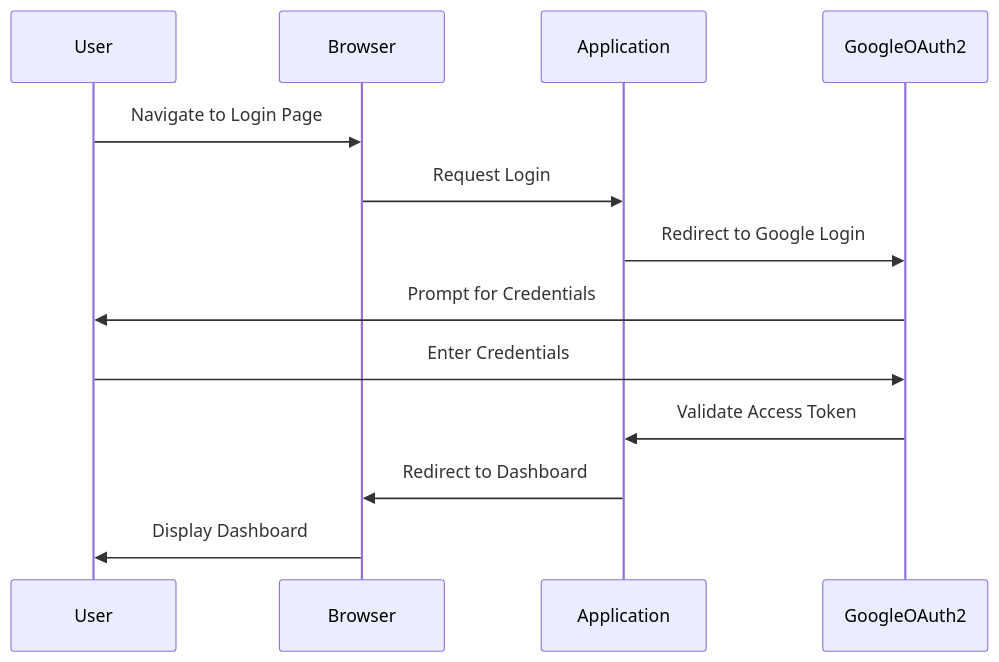
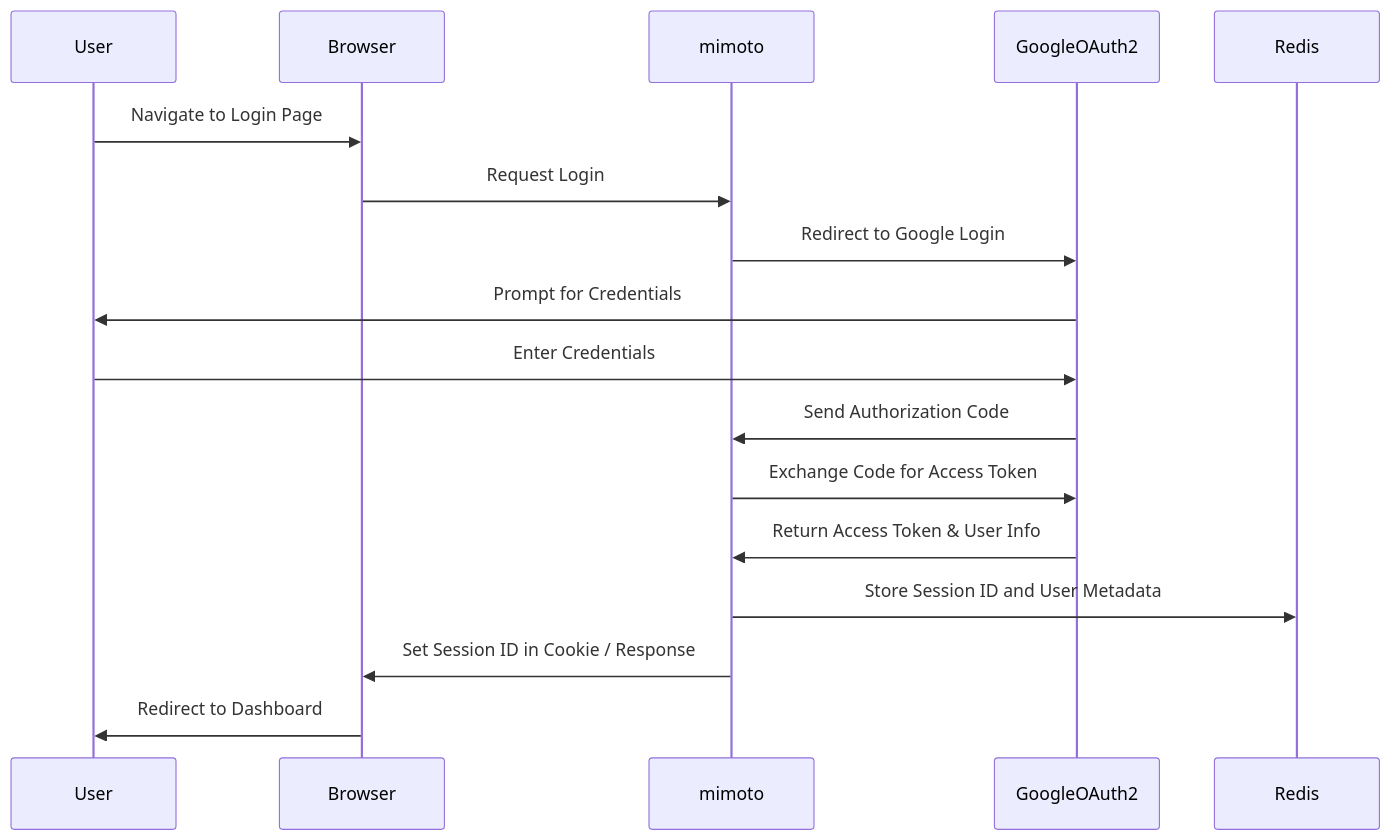
The first of 2 diagrams in docs/GoogleOauth2LoginIntegration.md (injibr/mimoto), drawn with Mermaid before and after one commit. The commit also changed other lines of this file, not shown here.

Commit message:
injiweb-1522 Incorporated feedback to add redis in login flow

````diff
--- a/docs/GoogleOauth2LoginIntegration.md
+++ b/docs/GoogleOauth2LoginIntegration.md
@@ -39,16 +39,20 @@
 ```mermaid
 sequenceDiagram
     participant User
     participant Browser
-    participant Application
+    participant mimoto
     participant GoogleOAuth2
+    participant Redis
 
     User->>Browser: Navigate to Login Page
-    Browser->>Application: Request Login
-    Application->>GoogleOAuth2: Redirect to Google Login
+    Browser->>mimoto: Request Login
+    mimoto->>GoogleOAuth2: Redirect to Google Login
     GoogleOAuth2->>User: Prompt for Credentials
     User->>GoogleOAuth2: Enter Credentials
-    GoogleOAuth2->>Application: Validate Access Token
-    Application->>Browser: Redirect to Dashboard
-    Browser->>User: Display Dashboard
+    GoogleOAuth2->>mimoto: Send Authorization Code
+    mimoto->>GoogleOAuth2: Exchange Code for Access Token
+    GoogleOAuth2->>mimoto: Return Access Token & User Info
+    mimoto->>Redis: Store Session ID and User Metadata
+    mimoto->>Browser: Set Session ID in Cookie / Response
+    Browser->>User: Redirect to Dashboard
  ```    
````
